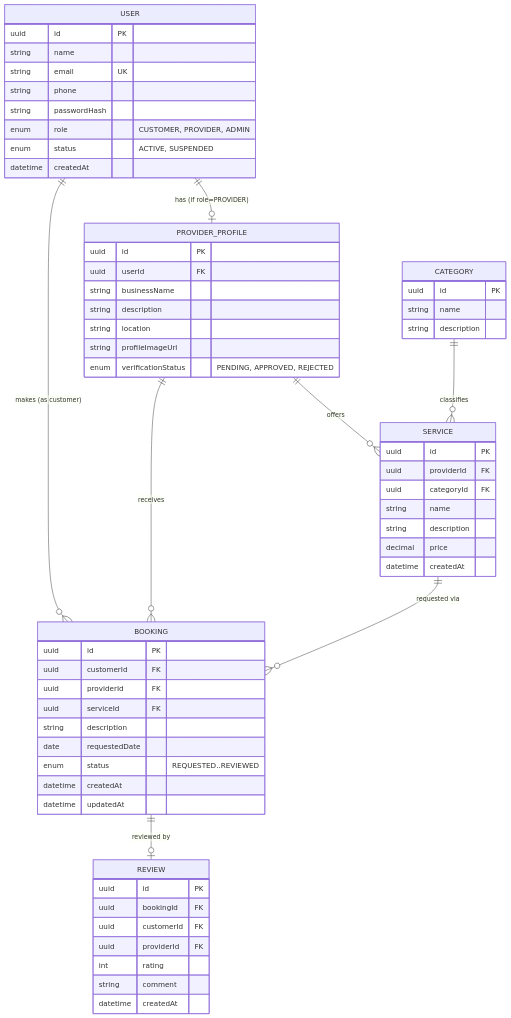
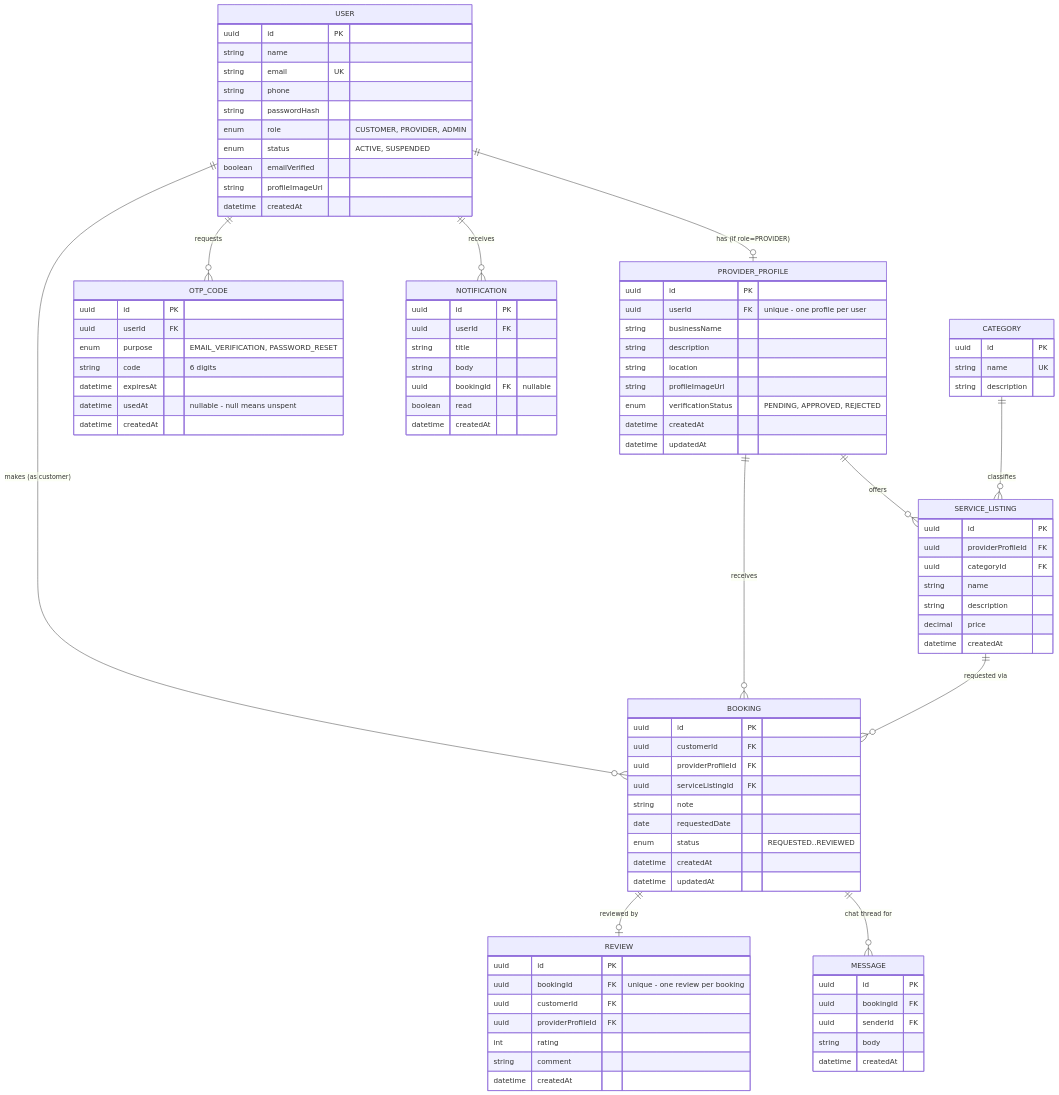
The fourth of 4 diagrams in README.md (Mr-Olivier/Fasha), drawn with Mermaid before and after one commit. The commit also changed other lines of this file, not shown here.

````diff
--- a/README.md
+++ b/README.md
@@ -254,11 +238,14 @@
 erDiagram
     USER ||--o| PROVIDER_PROFILE : "has (if role=PROVIDER)"
     USER ||--o{ BOOKING : "makes (as customer)"
-    PROVIDER_PROFILE ||--o{ SERVICE : offers
+    USER ||--o{ OTP_CODE : "requests"
+    USER ||--o{ NOTIFICATION : receives
+    PROVIDER_PROFILE ||--o{ SERVICE_LISTING : offers
     PROVIDER_PROFILE ||--o{ BOOKING : receives
-    CATEGORY ||--o{ SERVICE : classifies
-    SERVICE ||--o{ BOOKING : "requested via"
+    CATEGORY ||--o{ SERVICE_LISTING : classifies
+    SERVICE_LISTING ||--o{ BOOKING : "requested via"
     BOOKING ||--o| REVIEW : "reviewed by"
+    BOOKING ||--o{ MESSAGE : "chat thread for"
 
     USER {
         uuid id PK
@@ -268,28 +255,32 @@
         string passwordHash
         enum role "CUSTOMER, PROVIDER, ADMIN"
         enum status "ACTIVE, SUSPENDED"
+        boolean emailVerified
+        string profileImageUrl
         datetime createdAt
     }
 
     PROVIDER_PROFILE {
         uuid id PK
-        uuid userId FK
+        uuid userId FK "unique - one profile per user"
         string businessName
         string description
         string location
         string profileImageUrl
         enum verificationStatus "PENDING, APPROVED, REJECTED"
+        datetime createdAt
+        datetime updatedAt
     }
 
     CATEGORY {
         uuid id PK
-        string name
+        string name UK
         string description
     }
 
-    SERVICE {
+    SERVICE_LISTING {
         uuid id PK
-        uuid providerId FK
+        uuid providerProfileId FK
         uuid categoryId FK
         string name
         string description
@@ -300,9 +291,9 @@
     BOOKING {
         uuid id PK
         uuid customerId FK
-        uuid providerId FK
-        uuid serviceId FK
-        string description
+        uuid providerProfileId FK
+        uuid serviceListingId FK
+        string note
         date requestedDate
         enum status "REQUESTED..REVIEWED"
         datetime createdAt
@@ -311,11 +302,39 @@
 
     REVIEW {
         uuid id PK
-        uuid bookingId FK
+        uuid bookingId FK "unique - one review per booking"
         uuid customerId FK
-        uuid providerId FK
+        uuid providerProfileId FK
         int rating
         string comment
         datetime createdAt
     }
+
+    MESSAGE {
+        uuid id PK
+        uuid bookingId FK
+        uuid senderId FK
+        string body
+        datetime createdAt
+    }
+
+    NOTIFICATION {
+        uuid id PK
+        uuid userId FK
+        string title
+        string body
+        uuid bookingId FK "nullable"
+        boolean read
+        datetime createdAt
+    }
+
+    OTP_CODE {
+        uuid id PK
+        uuid userId FK
+        enum purpose "EMAIL_VERIFICATION, PASSWORD_RESET"
+        string code "6 digits"
+        datetime expiresAt
+        datetime usedAt "nullable - null means unspent"
+        datetime createdAt
+    }
 ```
````
